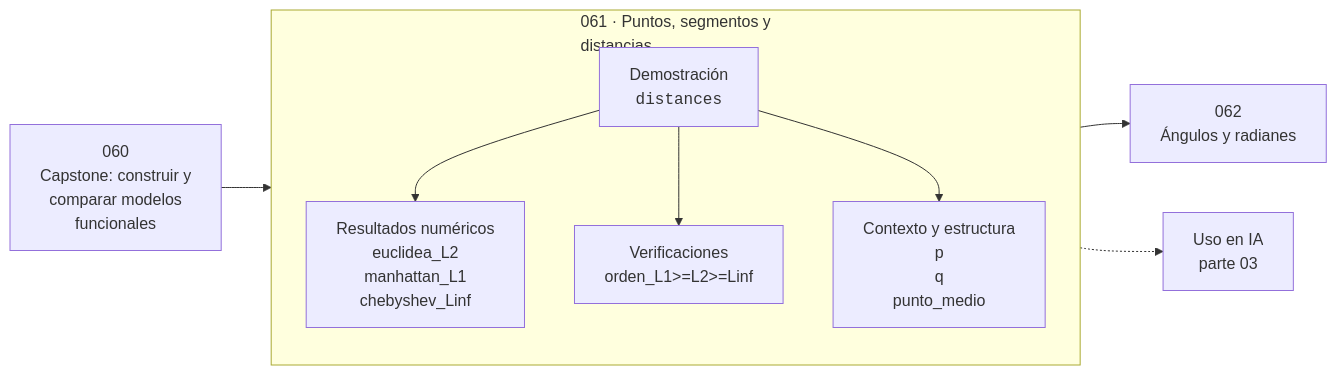
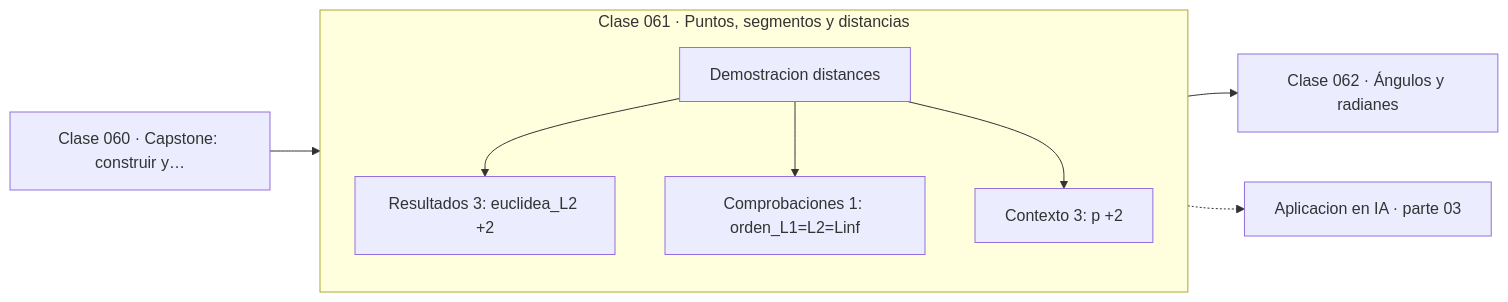
The diagram in classes/part-03-geometria-trigonometria-y-geometria-analitica/061-puntos-segmentos-y-distancias/README.md (vladimiracunadev-create/computational-mathematics-program), drawn with Mermaid before and after one commit. The commit also changed 389 other files, not shown here.

First line of the commit message:
fix(diagramas): elimina el HTML de las etiquetas Mermaid

````diff
--- a/classes/part-03-geometria-trigonometria-y-geometria-analitica/061-puntos-segmentos-y-distancias/README.md
+++ b/classes/part-03-geometria-trigonometria-y-geometria-analitica/061-puntos-segmentos-y-distancias/README.md
@@ -36,12 +36,13 @@
 ```mermaid
 flowchart LR
-    P["060<br/>Capstone: construir y<br/>comparar modelos<br/>funcionales"] --> C
-    subgraph C["061 · Puntos, segmentos y<br/>distancias"]
+    P["Clase 060 · Capstone: construir y…"] --> D
+    subgraph CLASE["Clase 061 · Puntos, segmentos y distancias"]
         direction TB
-        D["Demostración<br/><code>distances</code>"] --> R["Resultados numéricos<br/>euclidea_L2<br/>manhattan_L1<br/>chebyshev_Linf"]
-        D --> V["Verificaciones<br/>orden_L1>=L2>=Linf"]
-        D --> O["Contexto y estructura<br/>p<br/>q<br/>punto_medio"]
+        D["Demostracion distances"]
+        D --> R["Resultados 3: euclidea_L2 +2"]
+        D --> V["Comprobaciones 1: orden_L1=L2=Linf"]
+        D --> O["Contexto 3: p +2"]
     end
-    C --> N["062<br/>Ángulos y radianes"]
-    C -.-> IA["Uso en IA<br/>parte 03"]
+    R --> N["Clase 062 · Ángulos y radianes"]
+    V -.-> IA["Aplicacion en IA · parte 03"]
 ```
````
